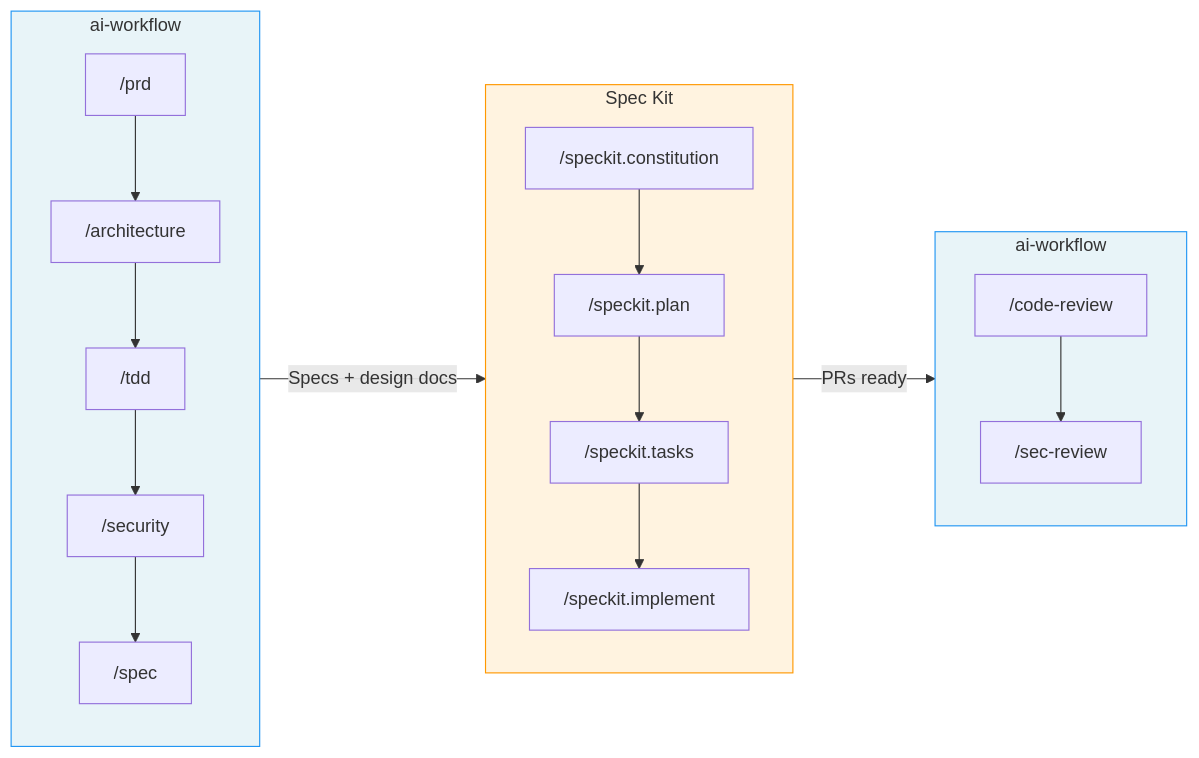
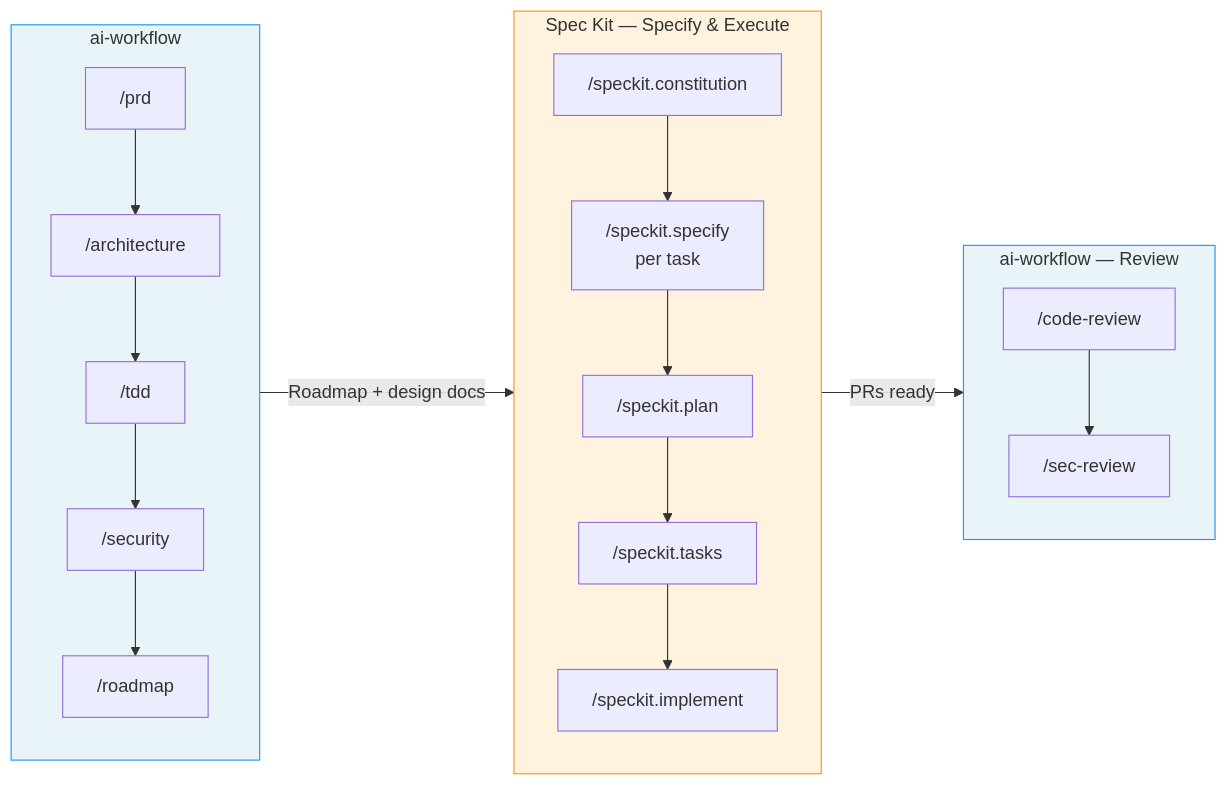
The second of 5 diagrams in docs/speckit-integration.md (0xrafasec/ai-workflow), drawn with Mermaid before and after one commit. The commit also changed other lines of this file and 3 other files, not shown here.

First line of the commit message:
fix: correct SDLC flow — roadmap generates from design docs, specs detail each task

````diff
--- a/docs/speckit-integration.md
+++ b/docs/speckit-integration.md
@@ -97,29 +93,30 @@
 ```mermaid
 flowchart LR
     subgraph AW ["ai-workflow"]
         direction TB
         A1["/prd"] --> A2["/architecture"]
         A2 --> A3["/tdd"]
         A3 --> A4["/security"]
-        A4 --> A5["/spec"]
+        A4 --> A5["/roadmap"]
     end
 
-    subgraph SK ["Spec Kit"]
+    subgraph SK ["Spec Kit — Specify & Execute"]
         direction TB
-        B1["/speckit.constitution"] --> B2["/speckit.plan"]
-        B2 --> B3["/speckit.tasks"]
-        B3 --> B4["/speckit.implement"]
+        B1["/speckit.constitution"] --> B2["/speckit.specify<br/>per task"]
+        B2 --> B3["/speckit.plan"]
+        B3 --> B4["/speckit.tasks"]
+        B4 --> B5["/speckit.implement"]
     end
 
-    subgraph AW2 ["ai-workflow"]
+    subgraph AW2 ["ai-workflow — Review"]
         direction TB
         C1["/code-review"] --> C2["/sec-review"]
     end
 
-    AW -->|"Specs + design docs"| SK
+    AW -->|"Roadmap + design docs"| SK
     SK -->|"PRs ready"| AW2
 
     style AW fill:#e8f4f8,stroke:#2196F3
     style SK fill:#fff3e0,stroke:#FF9800
     style AW2 fill:#e8f4f8,stroke:#2196F3
 ```
````
